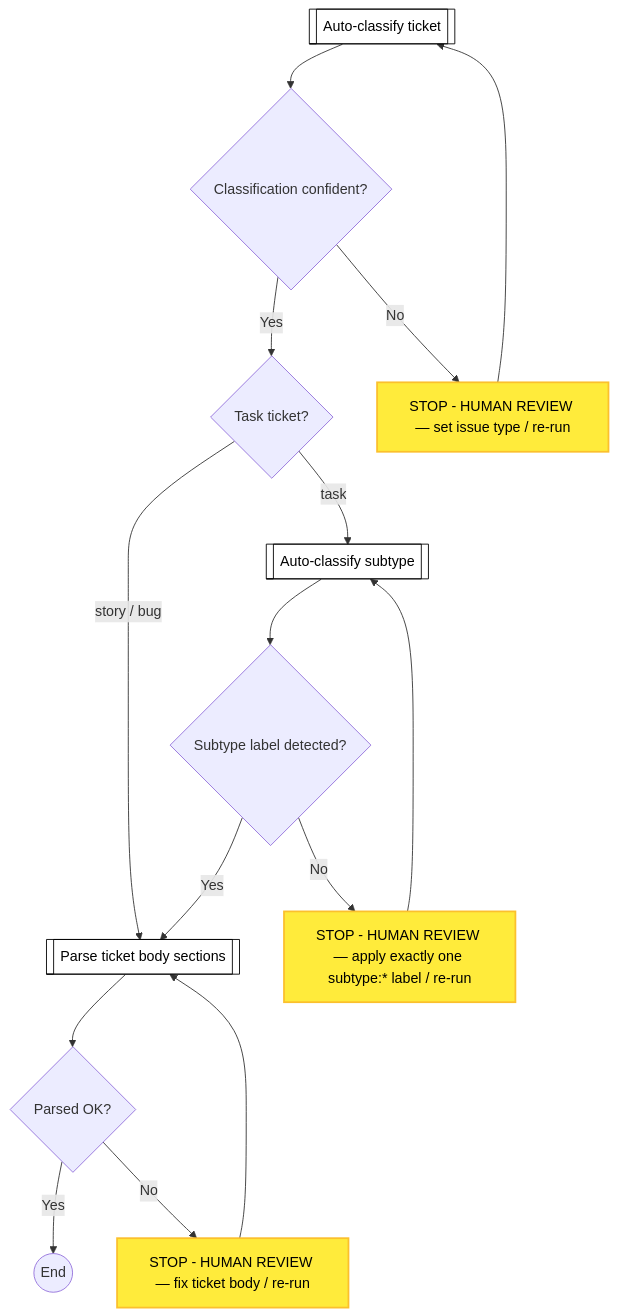
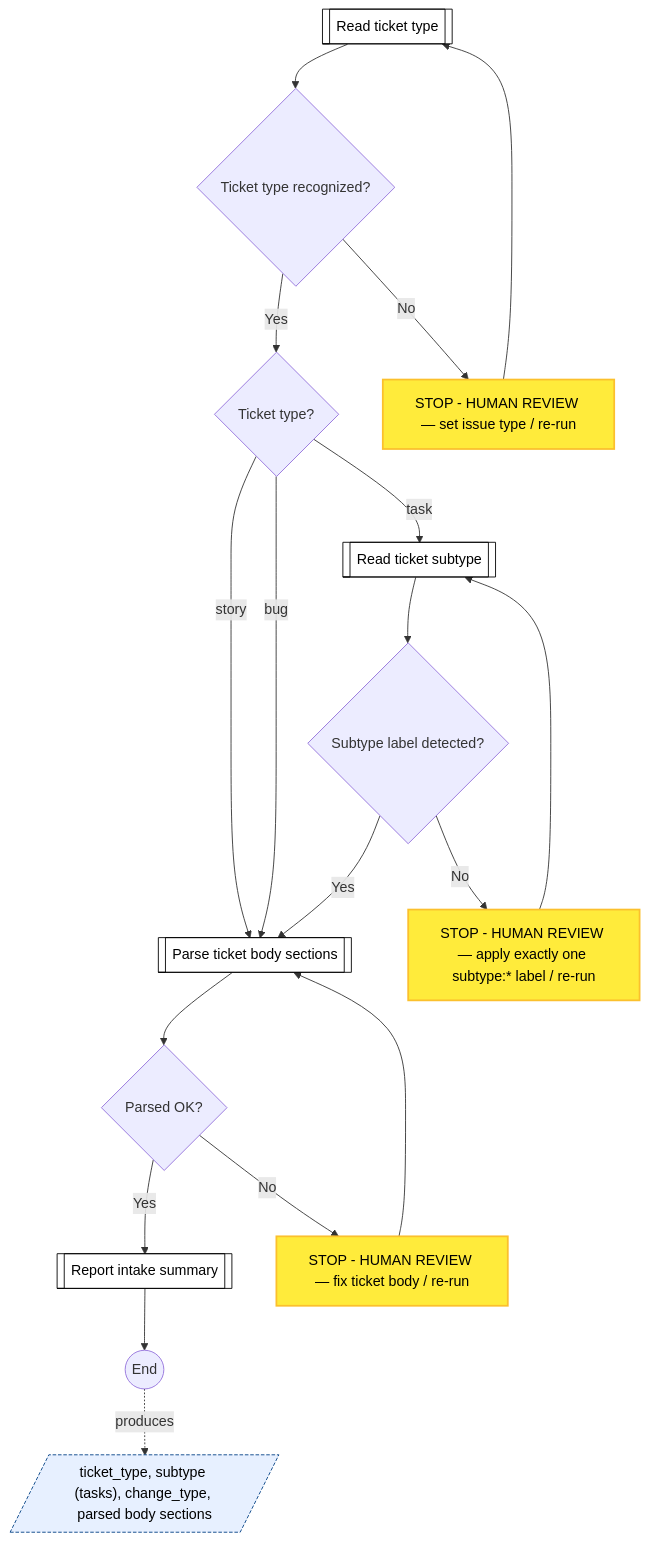
Before and after one commit to optivem/gh-optivem: the second of 12 diagrams in docs/process-diagram.md, drawn with Mermaid. The commit also changed other lines of this file and 12 other files, not shown here.

First line of the commit message:
atdd: collapse run_cycle to change_type, honest intake names, add flow outputs

````diff
--- a/docs/process-diagram.md
+++ b/docs/process-diagram.md
@@ -35,35 +35,43 @@
 ```mermaid
 flowchart TD
-    CLASSIFY[[Auto-classify ticket]]
-    CLASSIFY_SUBTYPE[[Auto-classify subtype]]
-    GATE_CLASSIFY_CONFIDENT{Classification confident?}
-    GATE_NEEDS_SUBTYPE{Task ticket?}
+    CLASSIFY[[Read ticket type]]
+    CLASSIFY_SUBTYPE[[Read ticket subtype]]
+    GATE_CLASSIFY_CONFIDENT{Ticket type recognized?}
     GATE_PARSE_OK{Parsed OK?}
     GATE_SUBTYPE_OK{Subtype label detected?}
+    GATE_TICKET_TYPE_INTAKE{Ticket type?}
     INTAKE_END((End))
     PARSE_BODY[[Parse ticket body sections]]
+    REPORT_INTAKE_SUMMARY[[Report intake summary]]
     STOP_CLASSIFY_CONFLICT[STOP - HUMAN REVIEW — set issue type / re-run]
     STOP_PARSE_ERROR[STOP - HUMAN REVIEW — fix ticket body / re-run]
     STOP_SUBTYPE_MISSING[STOP - HUMAN REVIEW — apply exactly one subtype:* label / re-run]
 
     CLASSIFY --> GATE_CLASSIFY_CONFIDENT
-    GATE_CLASSIFY_CONFIDENT -- Yes --> GATE_NEEDS_SUBTYPE
+    GATE_CLASSIFY_CONFIDENT -- Yes --> GATE_TICKET_TYPE_INTAKE
     GATE_CLASSIFY_CONFIDENT -- No --> STOP_CLASSIFY_CONFLICT
     STOP_CLASSIFY_CONFLICT --> CLASSIFY
-    GATE_NEEDS_SUBTYPE -- task --> CLASSIFY_SUBTYPE
-    GATE_NEEDS_SUBTYPE -- story / bug --> PARSE_BODY
+    GATE_TICKET_TYPE_INTAKE -- story --> PARSE_BODY
+    GATE_TICKET_TYPE_INTAKE -- bug --> PARSE_BODY
+    GATE_TICKET_TYPE_INTAKE -- task --> CLASSIFY_SUBTYPE
     CLASSIFY_SUBTYPE --> GATE_SUBTYPE_OK
     GATE_SUBTYPE_OK -- Yes --> PARSE_BODY
     GATE_SUBTYPE_OK -- No --> STOP_SUBTYPE_MISSING
     STOP_SUBTYPE_MISSING --> CLASSIFY_SUBTYPE
     PARSE_BODY --> GATE_PARSE_OK
-    GATE_PARSE_OK -- Yes --> INTAKE_END
+    GATE_PARSE_OK -- Yes --> REPORT_INTAKE_SUMMARY
     GATE_PARSE_OK -- No --> STOP_PARSE_ERROR
     STOP_PARSE_ERROR --> PARSE_BODY
+    REPORT_INTAKE_SUMMARY --> INTAKE_END
+    GITHUB_INTAKE_OUTPUTS[/"ticket_type, subtype (tasks), change_type, parsed body sections"/]
+    INTAKE_END -. produces .-> GITHUB_INTAKE_OUTPUTS
+
+    classDef outputNode fill:#e7f0ff,stroke:#004085,stroke-width:1px,stroke-dasharray:4 2,color:#000000
+    class GITHUB_INTAKE_OUTPUTS outputNode
 
     classDef serviceNode fill:#ffffff,stroke:#000000,stroke-width:1px,color:#000000
-    class CLASSIFY,CLASSIFY_SUBTYPE,PARSE_BODY serviceNode
+    class CLASSIFY,CLASSIFY_SUBTYPE,PARSE_BODY,REPORT_INTAKE_SUMMARY serviceNode
 
     classDef humanNode fill:#ffeb3b,stroke:#fbc02d,stroke-width:2px,color:#000000
     class STOP_CLASSIFY_CONFLICT,STOP_PARSE_ERROR,STOP_SUBTYPE_MISSING humanNode
 ```
````
